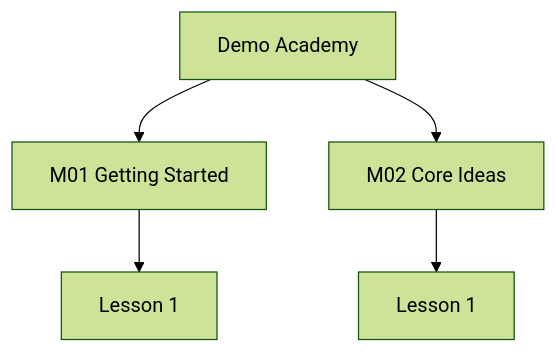
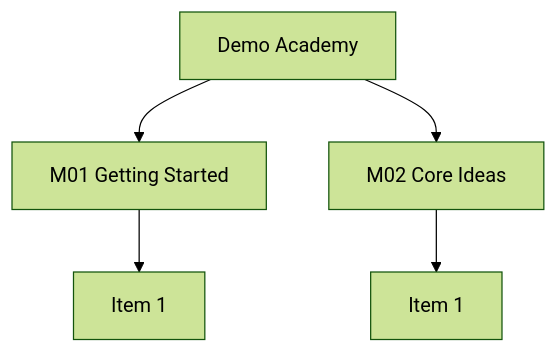
One commit to biomystery/claude-skills changed the second of 2 diagrams in hub-from-outline/README.md. Above: the diagram before and after it, drawn with Mermaid (forest theme). The commit also changed other lines of this file and 6 other files, not shown here.

````diff
--- a/hub-from-outline/README.md
+++ b/hub-from-outline/README.md
@@ -86,7 +103,7 @@
 ```mermaid
 flowchart TD
   H[Demo Academy] --> M1[M01 Getting Started]
   H --> M2[M02 Core Ideas]
-  M1 --> L1[Lesson 1]
-  M2 --> L2[Lesson 1]
+  M1 --> L1[Item 1]
+  M2 --> L2[Item 1]
 ```
````
